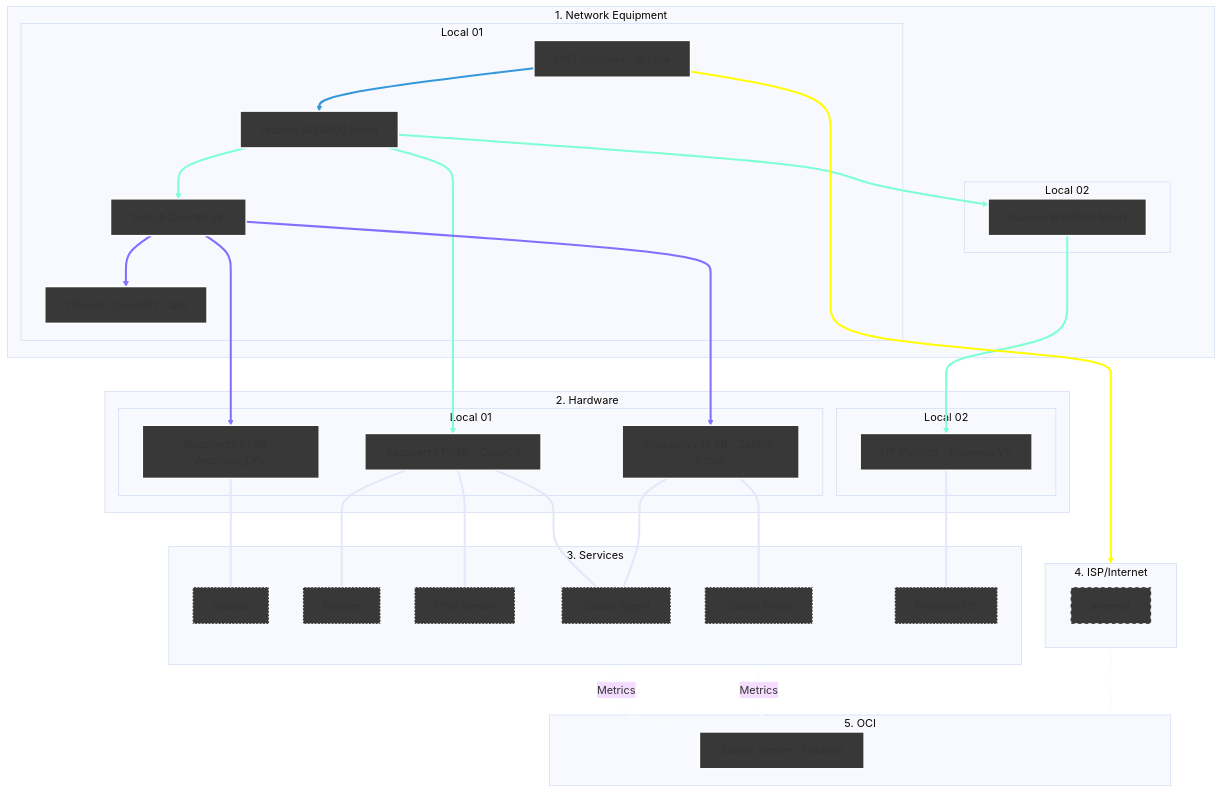
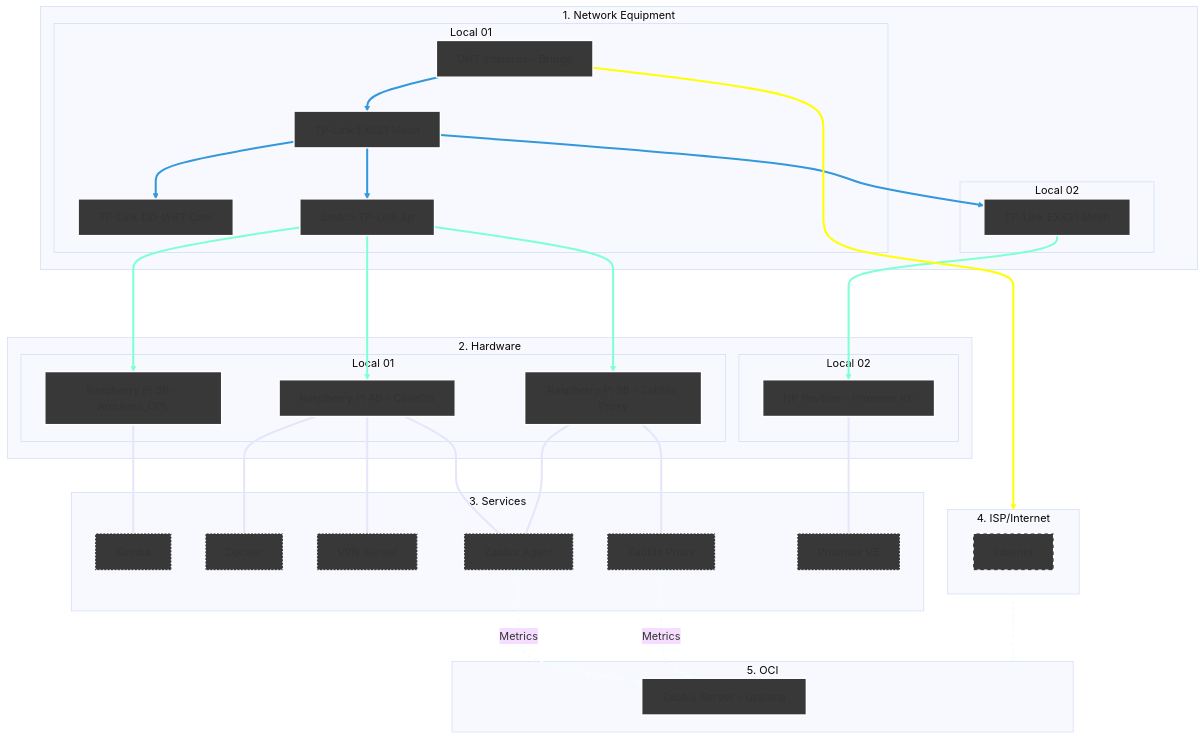
The diagram in Infrastructure/README2.md (kevindexter22/Dr-Hardware-Autonet), drawn with Mermaid (base theme) before and after one commit.

Commit message:
Update network equipment and hardware connections

````diff
--- a/Infrastructure/README2.md
+++ b/Infrastructure/README2.md
@@ -15,72 +15,71 @@
 ```mermaid
 graph TD
     %% Styles
     classDef network fill:#383838,stroke:#FFFFFF,stroke-width:2px;
     classDef hardware fill:#383838,stroke:#FFFFFF,stroke-width:2px;
     classDef internet fill:#383838,stroke:#FFFFFF,stroke-width:2px,stroke-dasharray: 5 5;
     classDef services fill:#383838,stroke:#FFFFFF,stroke-width:2px, stroke-dasharray: 2 3;
     classDef oci fill:#383838,stroke:#FFFFFF,stroke-width:2px;
 
     %% 1. NETWORK EQUIPMENT
     subgraph Principal["1. Network Equipment"]
     subgraph S1 [Local 01]
-        ONT[ONT Intelbras - Bridge]:::network --> R_Mesh1[Huawei WS5800 Mesh]:::network
-        R_Mesh1 --> SW1[Switch Overtek 8p]:::network
-        SW1 --> R_Cams[TP-Link OpenWRT Cam]:::network    
+        ONT[ONT Intelbras - Bridge]:::network --> R_Mesh1[TP-Link EX521 Mesh]:::network
+        R_Mesh1 --> R_Cams[TP-Link DD-WRT Cam]:::network 
+        R_Mesh1 --> SW1[Switch TP-Link 8p]:::network  
     end
     subgraph S2 [Local 02]
-        R_Mesh1 --> R_Mesh2[Huawei WS5800 Mesh]:::network
+        R_Mesh1 --> R_Mesh2[TP-Link EX521 Mesh]:::network
     end
     end
     
     %% 2. HARDWARE
     subgraph Principal02["2. Hardware"]
     subgraph S3 [Local 01]
         SW1 ---> RPi3B_1[Raspberry Pi 3B - Arquivos_OPL]:::hardware
-        R_Mesh1 ---> RPi4B[Raspberry Pi 4B - CasaOS]:::hardware
+        SW1 ---> RPi4B[Raspberry Pi 4B - CasaOS]:::hardware
         SW1 ---> RPi3B_2[Raspberry Pi 3B - Zabbix Proxy]:::hardware
     end
     subgraph S4 [Local 02]
         R_Mesh2 ---> HP[HP Pavilion - Proxmox VE]:::hardware
     end
     end
 
     %% 3. SERVICES     
     subgraph S5 [3. Services];
         RPi3B_1 --- SMB1[Samba]:::services
         RPi4B --- Docker[Docker]:::services
         RPi4B --- VPN[VPN Server]:::services
         RPi4B --- ZA[Zabbix Agent]:::services
         RPi3B_2 --- ZA[Zabbix Agent]:::services
         RPi3B_2 --- ZP[Zabbix Proxy]:::services
         HP --- PVE[Proxmox VE]:::services        
     end
 
     %% 4. Internet (The Bridge)
     subgraph S6 [4. ISP/Internet]
            internet[Internet]:::internet
     end
 
     %% 5. Oracle Cloud Infrastructure
     subgraph S7 [5. OCI]
         ZS[Zabbix Server - Grafana]:::oci
     end
 
     %% Conections of data flow
     ONT --> S6
     S6 --> S7
     
     %% Logical conections
     ZA -.-> |Metrics| ZS
     ZP -.-> |Metrics| ZS 
 
     %% --- Set collor on conections ---
     
-    linkStyle 0 stroke:#3498db,stroke-width:3px;
-    linkStyle 1,3,5,7 stroke:#7FFFD4,stroke-width:3px;
-    linkStyle 2,4,6 stroke:#836FFF,stroke-width:3px;
+    linkStyle 0,1,2,3 stroke:#3498db,stroke-width:3px;
+    linkStyle 4,5,6,7 stroke:#7FFFD4,stroke-width:3px;
     linkStyle 8,9,10,11,12,13,14 stroke:#E6E6FA,stroke-width:3px;
     linkStyle 15 stroke:#FFFF00,stroke-width:3px;
     linkStyle 16,17,18 stroke:#F5FFFA,stroke-width:3px,stroke-dasharray: 5 5;
 
 ```
````
